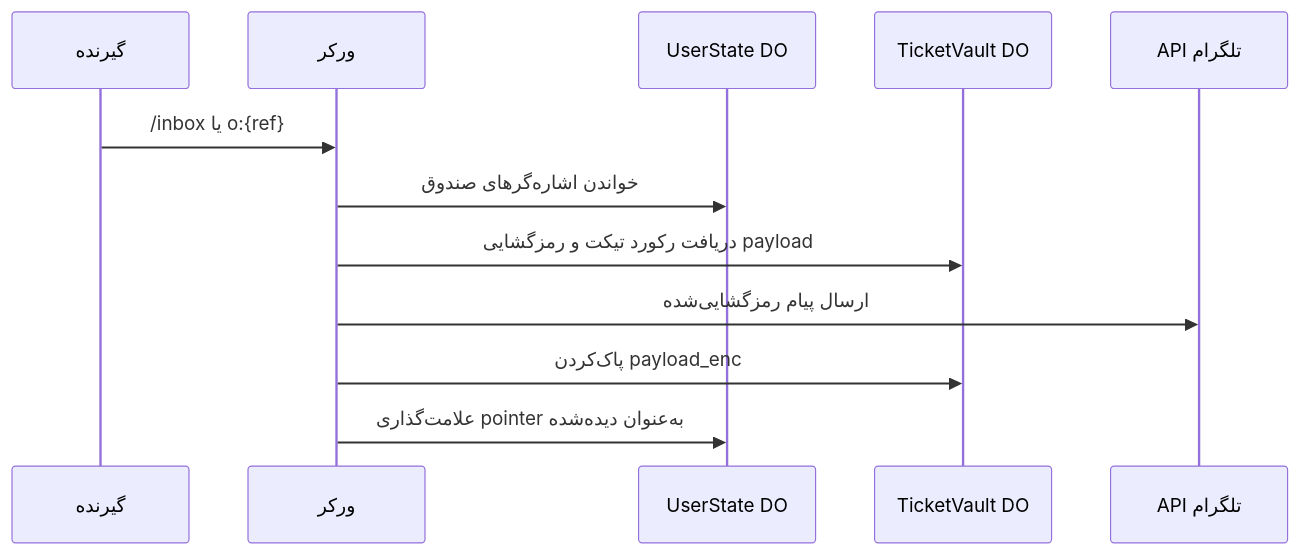
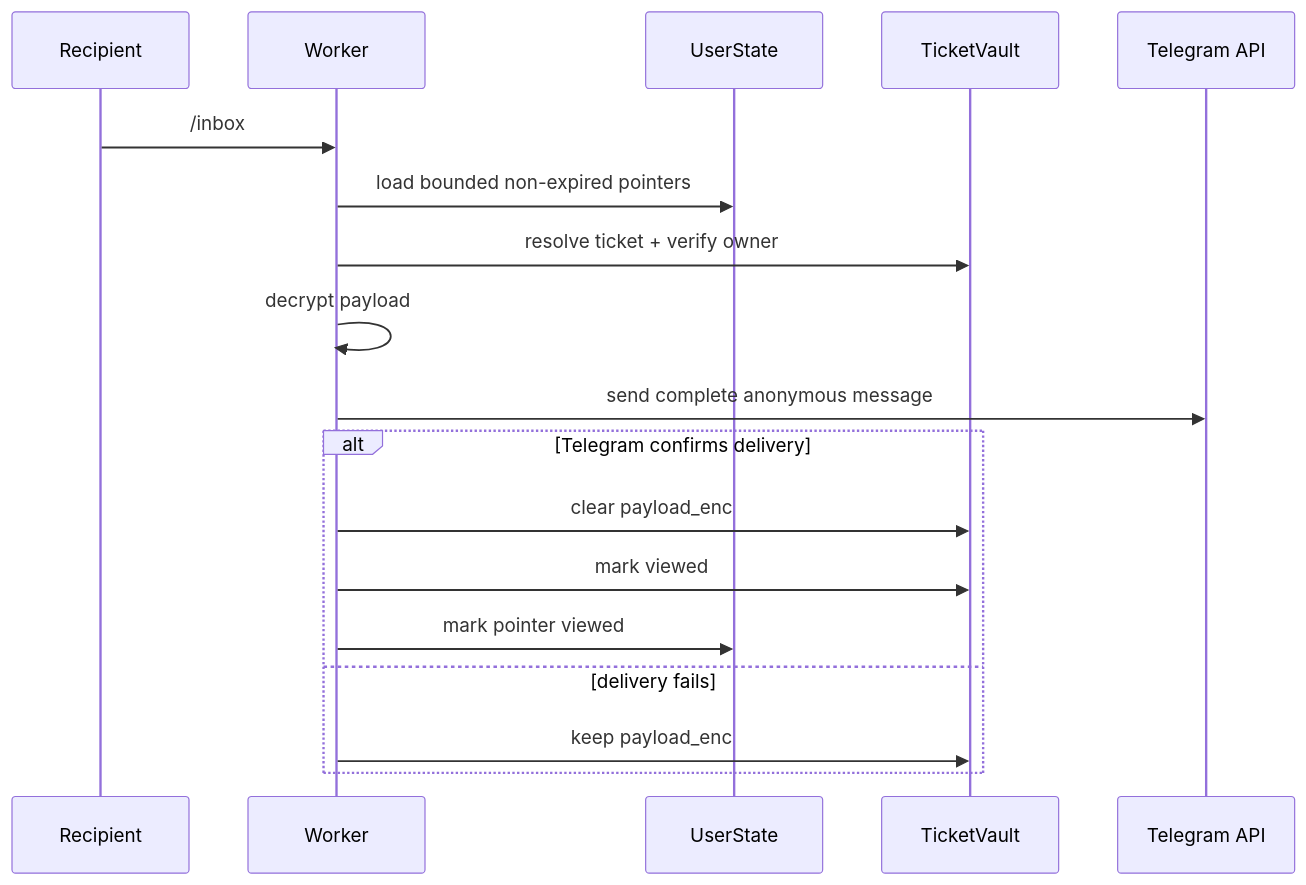
The third of 5 diagrams in content/fa/lab/nekonymous-anonymous-messaging-technical-lab.md (mohetios/mohetios.dev), drawn with Mermaid before and after one commit. The commit also changed other lines of this file and 2 other files, not shown here.

````diff
--- a/content/fa/lab/nekonymous-anonymous-messaging-technical-lab.md
+++ b/content/fa/lab/nekonymous-anonymous-messaging-technical-lab.md
@@ -216,15 +550,22 @@
 ```mermaid
 sequenceDiagram
-  participant R as گیرنده
-  participant W as ورکر
-  participant U as UserState DO
-  participant V as TicketVault DO
-  participant T as API تلگرام
+  participant R as Recipient
+  participant W as Worker
+  participant US as UserState
+  participant TV as TicketVault
+  participant TG as Telegram API
 
-  R->>W: /inbox یا o:{ref}
-  W->>U: خواندن اشاره‌گرهای صندوق
-  W->>V: دریافت رکورد تیکت و رمزگشایی payload
-  W->>T: ارسال پیام رمزگشایی‌شده
-  W->>V: پاک‌کردن payload_enc
-  W->>U: علامت‌گذاری pointer به‌عنوان دیده‌شده
+  R->>W: /inbox
+  W->>US: load bounded non-expired pointers
+  W->>TV: resolve ticket + verify owner
+  W->>W: decrypt payload
+  W->>TG: send complete anonymous message
+
+  alt Telegram confirms delivery
+    W->>TV: clear payload_enc
+    W->>TV: mark viewed
+    W->>US: mark pointer viewed
+  else delivery fails
+    W->>TV: keep payload_enc
+  end
 ```
````
